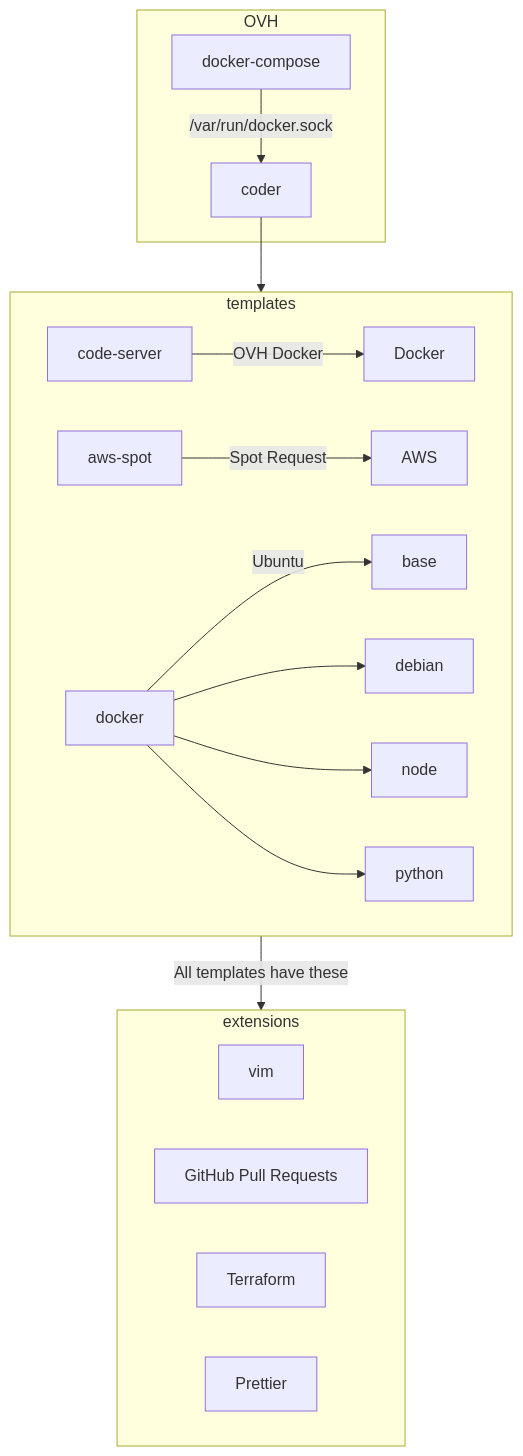
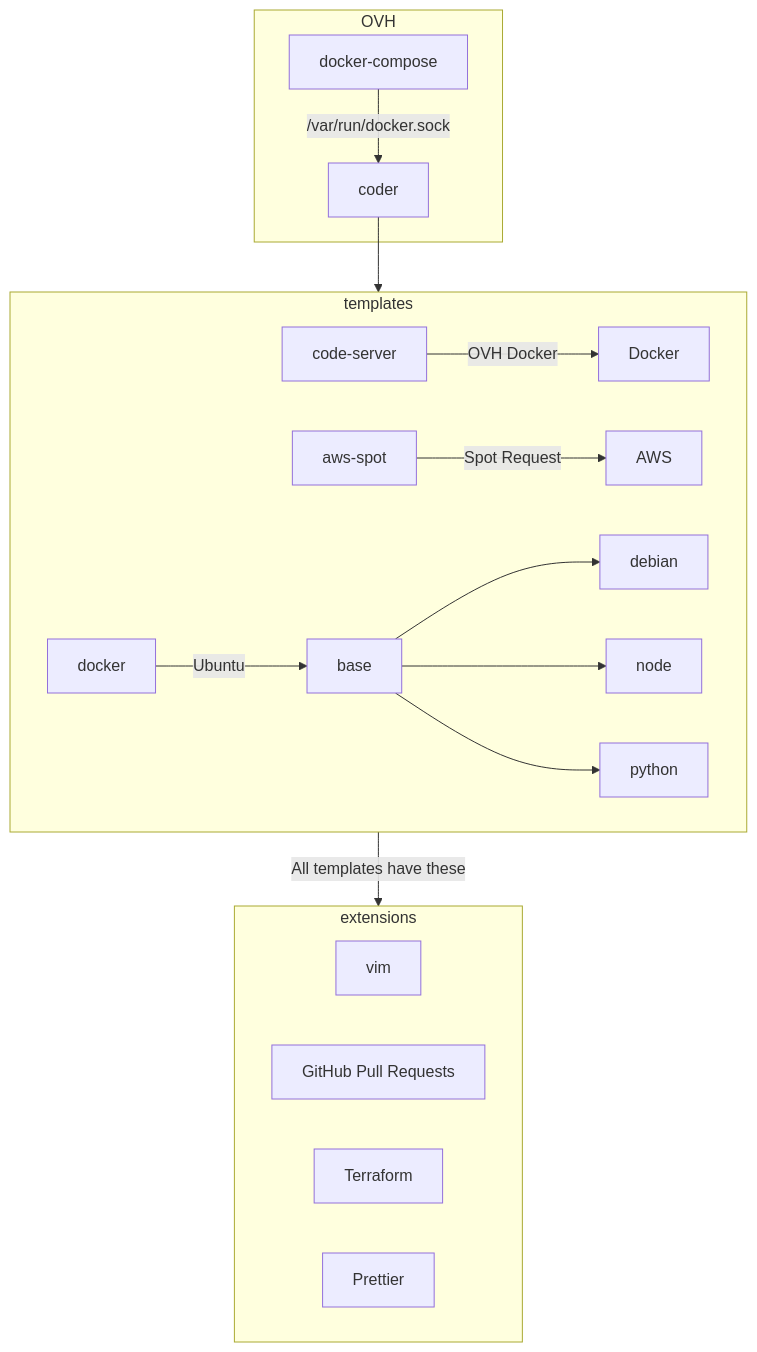
Before and after one commit to hxrsmurf/docker-code-server: the diagram in README.md, drawn with Mermaid.

Commit message:
Update Diagram with Base as Start (#41)

````diff
--- a/README.md
+++ b/README.md
@@ -19,22 +19,22 @@
 ```mermaid
 graph TB;
     subgraph OVH
         docker-compose -- /var/run/docker.sock --> coder
     end
     subgraph templates
         code-server -- OVH Docker --> Docker
         aws-spot -- Spot Request --> AWS
         docker -- Ubuntu --> base
-        docker --> debian
-        docker --> node
-        docker --> python
+        base --> debian
+        base --> node
+        base --> python
     end
     subgraph extensions
         vim
         ghpr[GitHub Pull Requests]
         Terraform
         Prettier
     end
     coder --> templates
     templates -- All templates have these --> extensions
 ```
````
